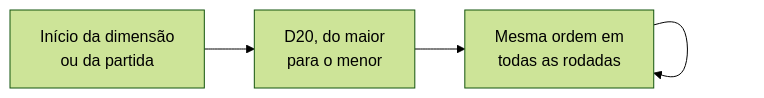
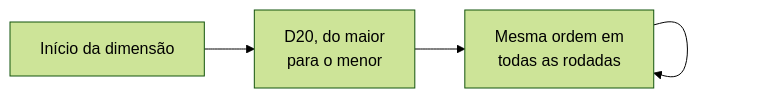
Before and after one commit to frnndog-suav/Misadventure_Frontend_V3: the ninth of 15 diagrams in docs/README.md, drawn with Mermaid (forest theme). The commit also changed other lines of this file, not shown here.

````diff
--- a/docs/README.md
+++ b/docs/README.md
@@ -1158,6 +1154,6 @@
 ```mermaid
 flowchart LR
-    A[Início da dimensão<br/>ou da partida] --> B[D20, do maior<br/>para o menor]
+    A[Início da dimensão] --> B[D20, do maior<br/>para o menor]
     B --> C[Mesma ordem em<br/>todas as rodadas]
     C --> C
 ```
````
